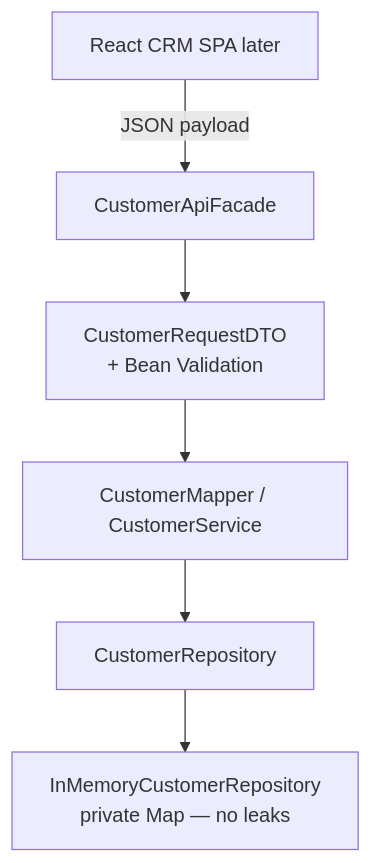
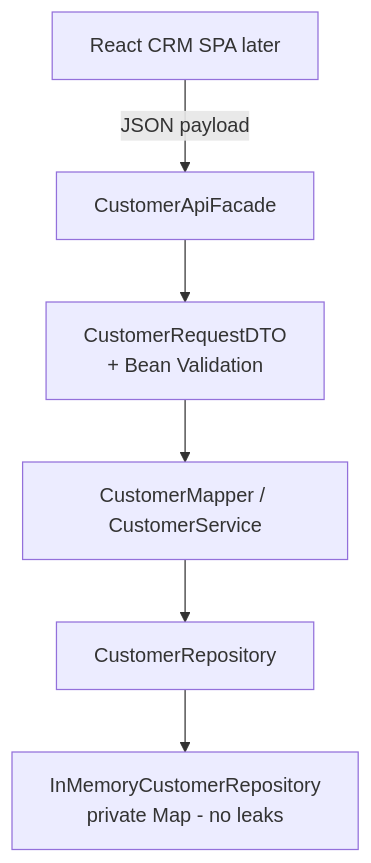
One commit to pupilliluke/bc-sw-engineer-java-participant changed the first of 2 diagrams in labs/Week 2 - Backend, AI Tools and Testing/module-14/lab14/LAB-14-GUIDE.md. Above: the diagram before and after it, drawn with Mermaid. The commit also changed other lines of this file and 55 other files, not shown here.

Commit message:
Stop publishing local screenshots; harden Mermaid for GitHub; sync only tracked lab files.

````diff
--- a/labs/Week 2 - Backend, AI Tools and Testing/module-14/lab14/LAB-14-GUIDE.md
+++ b/labs/Week 2 - Backend, AI Tools and Testing/module-14/lab14/LAB-14-GUIDE.md
@@ -87,8 +87,8 @@
 ```mermaid
 flowchart TB
   UI["React CRM SPA later"] -->|JSON payload| Facade["CustomerApiFacade"]
   Facade --> DTO["CustomerRequestDTO<br/>+ Bean Validation"]
   DTO --> Map["CustomerMapper / CustomerService"]
   Map --> Repo["CustomerRepository"]
-  Repo --> Mem["InMemoryCustomerRepository<br/>private Map — no leaks"]
+  Repo --> Mem["InMemoryCustomerRepository<br/>private Map - no leaks"]
 ```
````
